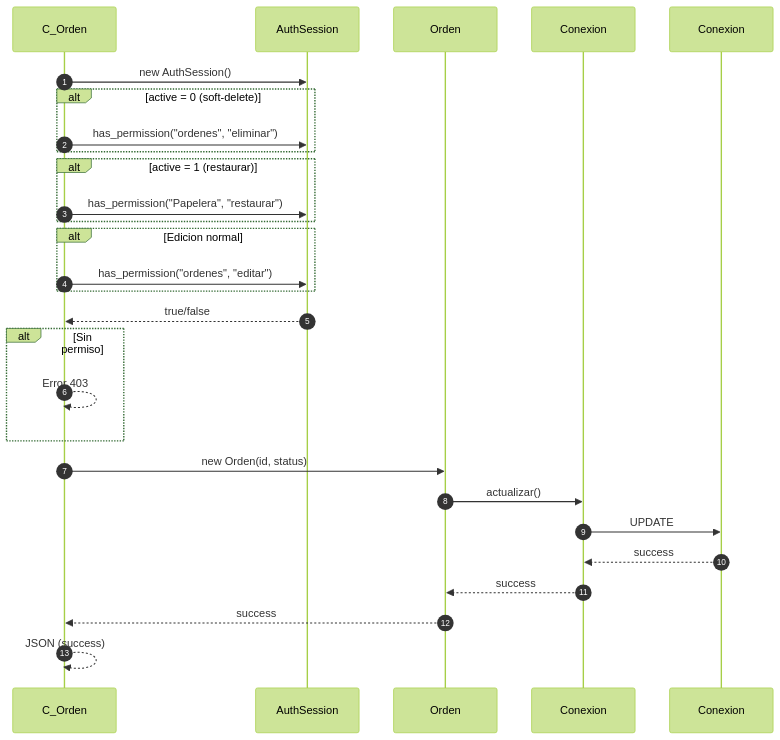
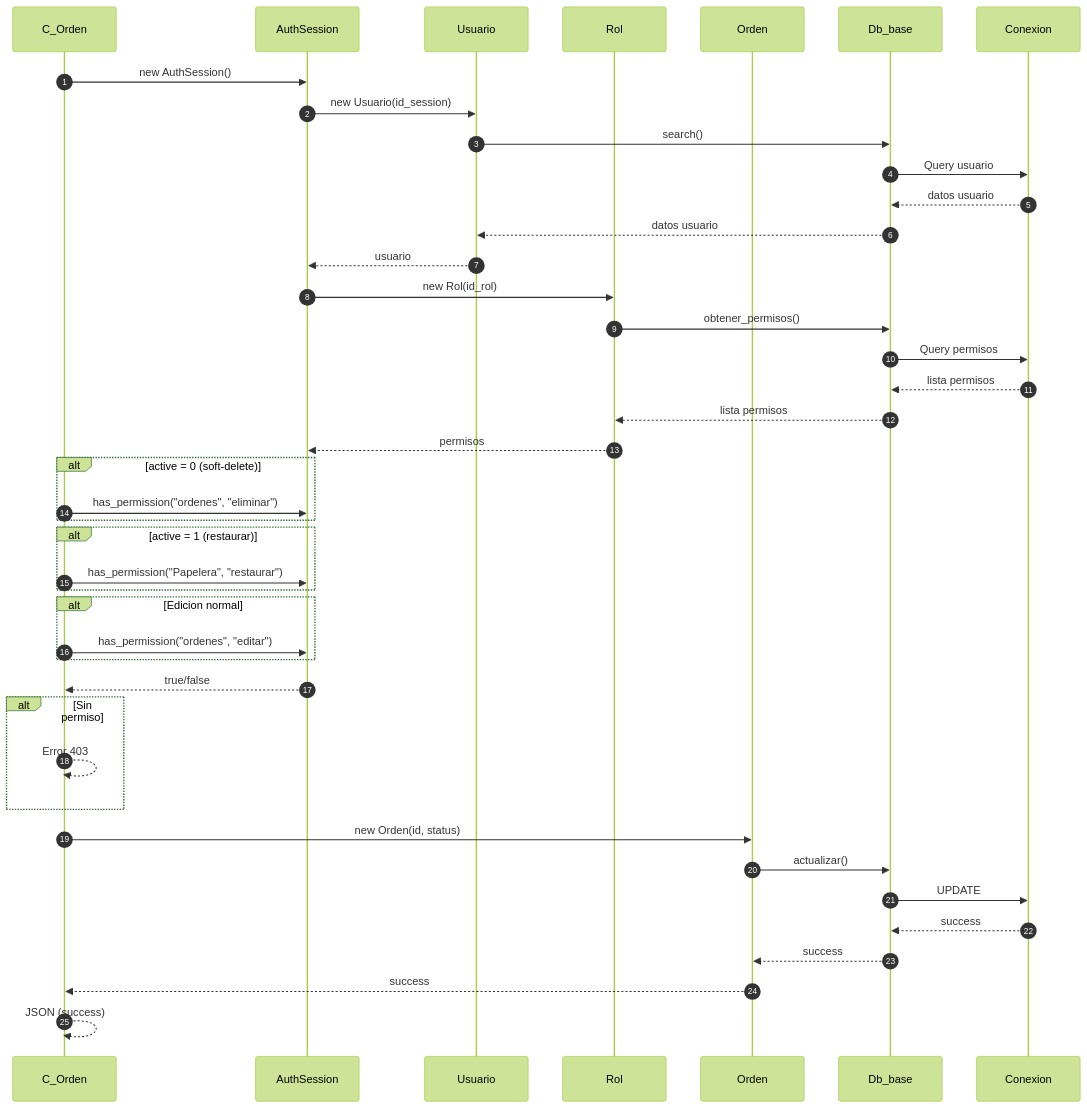
The third of 4 diagrams in docs/secuencia/ordenes/agregar_orden.md (Tecrato/BurgerHouse), drawn with Mermaid (forest theme) before and after one commit. The commit also changed other lines of this file and 13 other files, not shown here.

First line of the commit message:
diagramas actualizaos

````diff
--- a/docs/secuencia/ordenes/agregar_orden.md
+++ b/docs/secuencia/ordenes/agregar_orden.md
@@ -180,37 +195,53 @@
 ```mermaid
 sequenceDiagram
     autonumber
     participant C_Orden as C_Orden
     participant AuthSession as AuthSession
+    participant Usuario as Usuario
+    participant Rol as Rol
     participant Orden as Orden
-    participant Db_base as Conexion
+    participant Db_base as Db_base
+    participant Conexion as Conexion
     
     C_Orden->>AuthSession: new AuthSession()
+    AuthSession->>Usuario: new Usuario(id_session)
+    Usuario->>Db_base: search()
+    Db_base->>Conexion: Query usuario
+    Conexion-->>Db_base: datos usuario
+    Db_base-->>Usuario: datos usuario
+    Usuario-->>AuthSession: usuario
+    
+    AuthSession->>Rol: new Rol(id_rol)
+    Rol->>Db_base: obtener_permisos()
+    Db_base->>Conexion: Query permisos
+    Conexion-->>Db_base: lista permisos
+    Db_base-->>Rol: lista permisos
+    Rol-->>AuthSession: permisos
     
     alt active = 0 (soft-delete)
         C_Orden->>AuthSession: has_permission("ordenes", "eliminar")
     end
     
     alt active = 1 (restaurar)
         C_Orden->>AuthSession: has_permission("Papelera", "restaurar")
     end
     
     alt Edicion normal
         C_Orden->>AuthSession: has_permission("ordenes", "editar")
     end
     
     AuthSession-->>C_Orden: true/false
     
     alt Sin permiso
         C_Orden-->>C_Orden: Error 403
     end
     
     C_Orden->>Orden: new Orden(id, status)
     Orden->>Db_base: actualizar()
     Db_base->>Conexion: UPDATE
     Conexion-->>Db_base: success
     Db_base-->>Orden: success
     Orden-->>C_Orden: success
     
     C_Orden-->>C_Orden: JSON (success)
 ```
````
